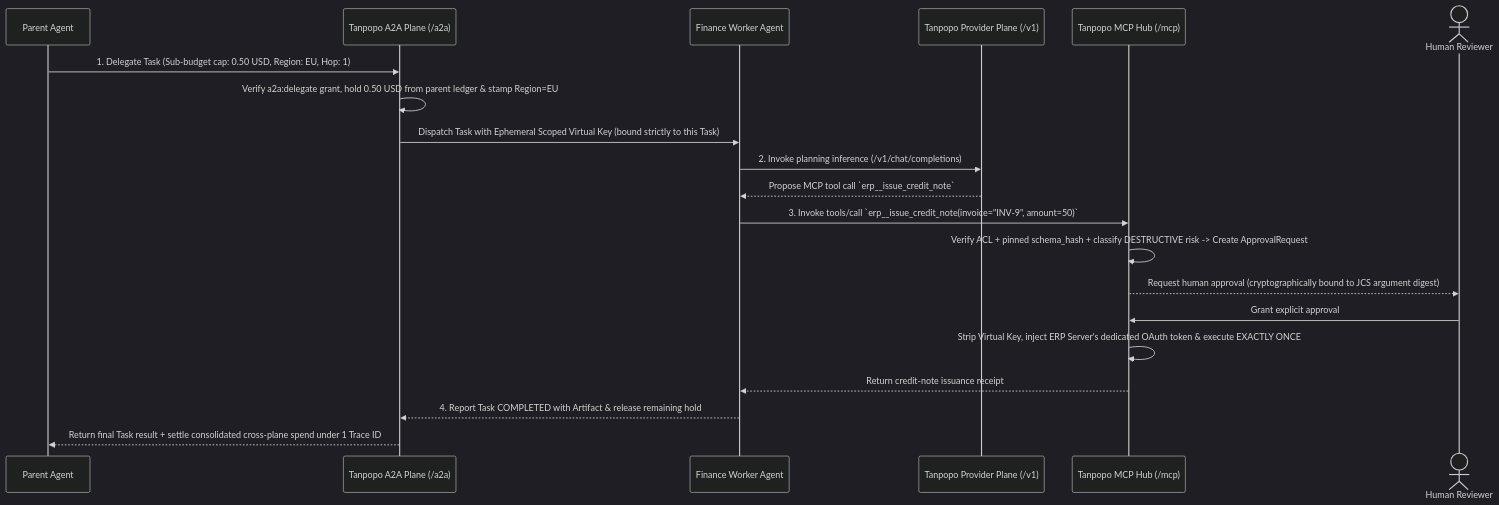
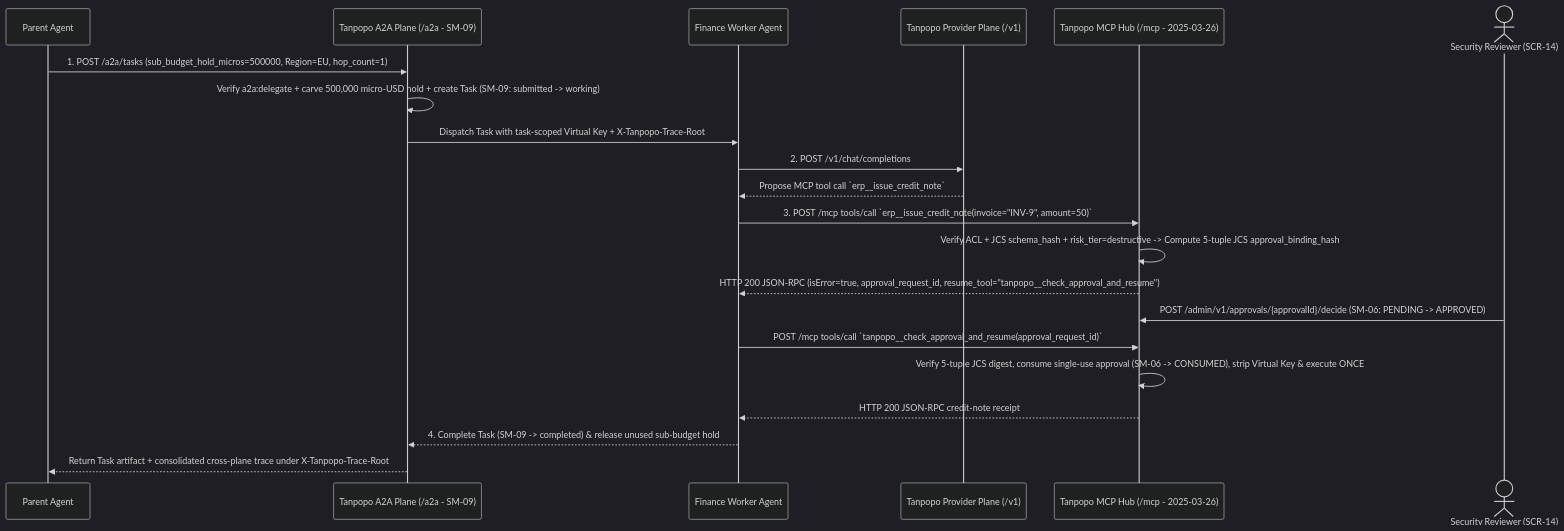
The diagram in docs/specifications/mcp-a2a-boundaries.md (nguywnben/tanpopo), drawn with Mermaid (dark theme) before and after one commit. The commit also changed other lines of this file and 70 other files, not shown here.

````diff
--- a/docs/specifications/mcp-a2a-boundaries.md
+++ b/docs/specifications/mcp-a2a-boundaries.md
@@ -74,23 +80,24 @@
 ```mermaid
 sequenceDiagram
     participant Orchestrator as Parent Agent
-    participant A2A as Tanpopo A2A Plane (/a2a)
+    participant A2A as Tanpopo A2A Plane (/a2a - SM-09)
     participant Worker as Finance Worker Agent
     participant LLM as Tanpopo Provider Plane (/v1)
-    participant MCP as Tanpopo MCP Hub (/mcp)
-    actor Rev as Human Reviewer
+    participant MCP as Tanpopo MCP Hub (/mcp - 2025-03-26)
+    actor Rev as Security Reviewer (SCR-14)
 
-    Orchestrator->>A2A: 1. Delegate Task (Sub-budget cap: 0.50 USD, Region: EU, Hop: 1)
-    A2A->>A2A: Verify a2a:delegate grant, hold 0.50 USD from parent ledger & stamp Region=EU
-    A2A->>Worker: Dispatch Task with Ephemeral Scoped Virtual Key (bound strictly to this Task)
-    Worker->>LLM: 2. Invoke planning inference (/v1/chat/completions)
+    Orchestrator->>A2A: 1. POST /a2a/tasks (sub_budget_hold_micros=500000, Region=EU, hop_count=1)
+    A2A->>A2A: Verify a2a:delegate + carve 500,000 micro-USD hold + create Task (SM-09: submitted -> working)
+    A2A->>Worker: Dispatch Task with task-scoped Virtual Key + X-Tanpopo-Trace-Root
+    Worker->>LLM: 2. POST /v1/chat/completions
     LLM-->>Worker: Propose MCP tool call `erp__issue_credit_note`
-    Worker->>MCP: 3. Invoke tools/call `erp__issue_credit_note(invoice="INV-9", amount=50)`
-    MCP->>MCP: Verify ACL + pinned schema_hash + classify DESTRUCTIVE risk -> Create ApprovalRequest
-    MCP-->>Rev: Request human approval (cryptographically bound to JCS argument digest)
-    Rev->>MCP: Grant explicit approval
-    MCP->>MCP: Strip Virtual Key, inject ERP Server's dedicated OAuth token & execute EXACTLY ONCE
-    MCP-->>Worker: Return credit-note issuance receipt
-    Worker-->>A2A: 4. Report Task COMPLETED with Artifact & release remaining hold
-    A2A-->>Orchestrator: Return final Task result + settle consolidated cross-plane spend under 1 Trace ID
+    Worker->>MCP: 3. POST /mcp tools/call `erp__issue_credit_note(invoice="INV-9", amount=50)`
+    MCP->>MCP: Verify ACL + JCS schema_hash + risk_tier=destructive -> Compute 5-tuple JCS approval_binding_hash
+    MCP-->>Worker: HTTP 200 JSON-RPC (isError=true, approval_request_id, resume_tool="tanpopo__check_approval_and_resume")
+    Rev->>MCP: POST /admin/v1/approvals/{approvalId}/decide (SM-06: PENDING -> APPROVED)
+    Worker->>MCP: POST /mcp tools/call `tanpopo__check_approval_and_resume(approval_request_id)`
+    MCP->>MCP: Verify 5-tuple JCS digest, consume single-use approval (SM-06 -> CONSUMED), strip Virtual Key & execute ONCE
+    MCP-->>Worker: HTTP 200 JSON-RPC credit-note receipt
+    Worker-->>A2A: 4. Complete Task (SM-09 -> completed) & release unused sub-budget hold
+    A2A-->>Orchestrator: Return Task artifact + consolidated cross-plane trace under X-Tanpopo-Trace-Root
 ```
````
